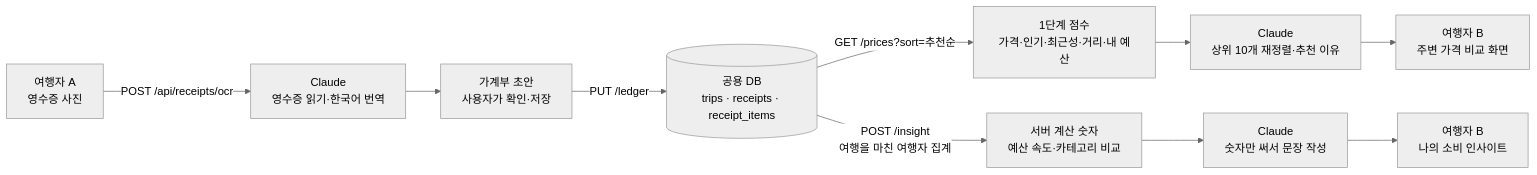
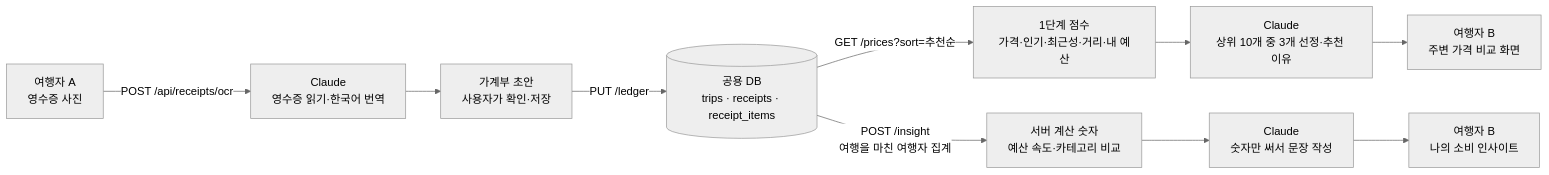
One commit to SongJunPyo/Travel_WON_IT changed the diagram in docs/AI_utils/README.md. Above: the diagram before and after it, drawn with Mermaid (neutral theme). The commit also changed other lines of this file and 1 other file, not shown here.

````diff
--- a/docs/AI_utils/README.md
+++ b/docs/AI_utils/README.md
@@ -24,12 +24,12 @@
 ```mermaid
 flowchart LR
     A[여행자 A<br/>영수증 사진] -->|POST /api/receipts/ocr| B[Claude<br/>영수증 읽기·한국어 번역]
     B --> C[가계부 초안<br/>사용자가 확인·저장]
     C -->|PUT /ledger| D[(공용 DB<br/>trips · receipts · receipt_items)]
     D -->|GET /prices?sort=추천순| E[1단계 점수<br/>가격·인기·최근성·거리·내 예산]
-    E --> F[Claude<br/>상위 10개 재정렬·추천 이유]
+    E --> F[Claude<br/>상위 10개 중 3개 선정·추천 이유]
     F --> G[여행자 B<br/>주변 가격 비교 화면]
     D -->|POST /insight<br/>여행을 마친 여행자 집계| H[서버 계산 숫자<br/>예산 속도·카테고리 비교]
     H --> I[Claude<br/>숫자만 써서 문장 작성]
     I --> J[여행자 B<br/>나의 소비 인사이트]
 ```
````
